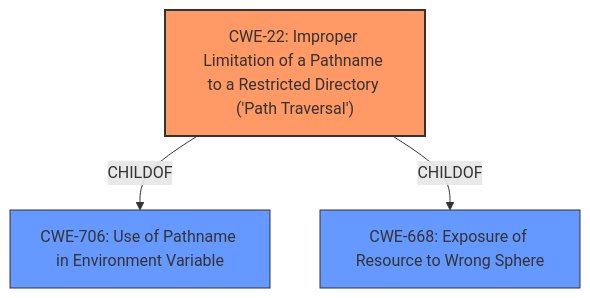
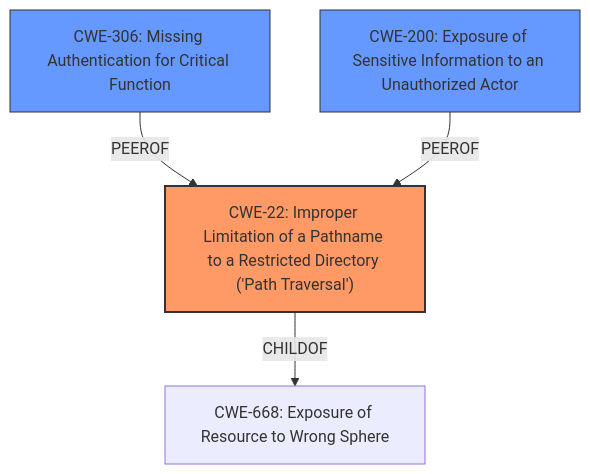
One commit to CyberSecAI/cwe_agent_assign_reports_2023 changed the diagram in CVE-2021-20023/CVE-2021-20023_analysis.md. Above: the diagram before and after it, drawn with Mermaid. The commit also changed other lines of this file and 902 other files, not shown here.

````diff
--- a/CVE-2021-20023/CVE-2021-20023_analysis.md
+++ b/CVE-2021-20023/CVE-2021-20023_analysis.md
@@ -16,15 +18,17 @@
 ```mermaid
 graph TD
     cwe22["CWE-22: Improper Limitation of a Pathname to a Restricted Directory ('Path Traversal')"]
-    cwe706["CWE-706: Use of Pathname in Environment Variable"]
     cwe668["CWE-668: Exposure of Resource to Wrong Sphere"]
+    cwe306["CWE-306: Missing Authentication for Critical Function"]
+    cwe200["CWE-200: Exposure of Sensitive Information to an Unauthorized Actor"]
 
-    cwe22 -->|CHILDOF| cwe706
     cwe22 -->|CHILDOF| cwe668
-    
+    cwe306 -->|PEEROF| cwe22
+    cwe200 -->|PEEROF| cwe22
+
     classDef primary fill:#f96,stroke:#333,stroke-width:2px
     classDef secondary fill:#69f,stroke:#333
     classDef tertiary fill:#9e9,stroke:#333
     class cwe22 primary
-    class cwe706,cwe668 secondary
+    class cwe306,cwe200 secondary
 ```
````
